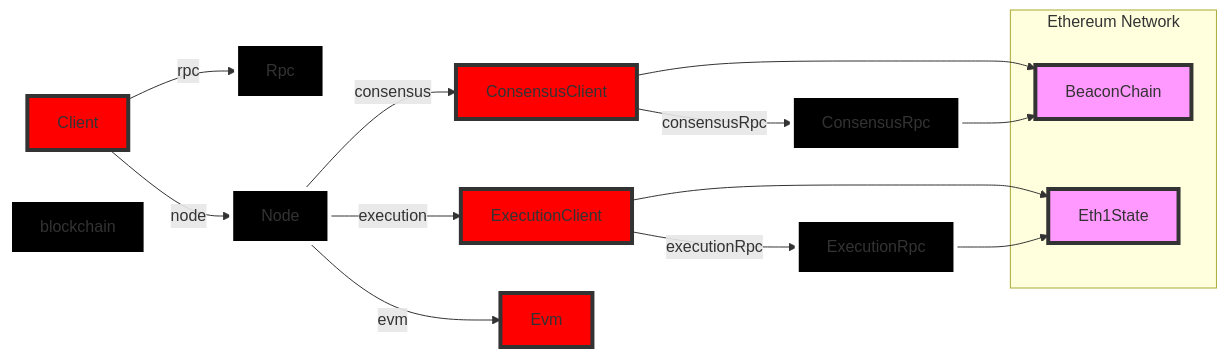
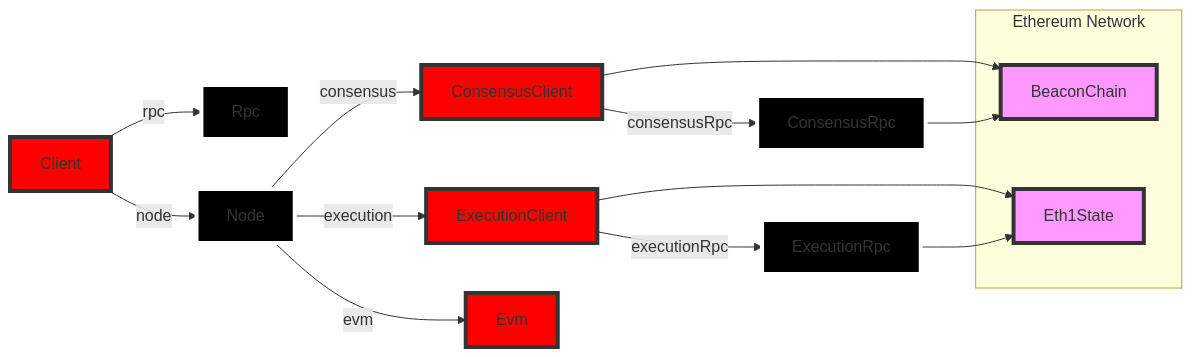
Before and after one commit to a16z/helios: the diagram in README.md, drawn with Mermaid.

Commit message:
removing blockchain

````diff
--- a/README.md
+++ b/README.md
@@ -150,40 +150,39 @@
 ```mermaid
 graph LR
 
 Client --rpc--> Rpc
 Client --node--> Node
 Node --consensus--> ConsensusClient
 Node --execution--> ExecutionClient
 ExecutionClient --executionRpc--> ExecutionRpc
 ConsensusClient --consensusRpc--> ConsensusRpc
 Node --evm--> Evm
 
 classDef node fill:#f9f,stroke:#333,stroke-width:4px;
 class Node,Client node
 classDef execution fill:#f0f,stroke:#333,stroke-width:4px;
 class ExecutionClient,ExecutionRpc execution
 classDef consensus fill:#ff0,stroke:#333,stroke-width:4px;
 class ConsensusClient,ConsensusRpc consensus
 classDef evm fill:#0ff,stroke:#333,stroke-width:4px;
 class Evm evm
 
 subgraph "Ethereum Network"
 BeaconChain
 Eth1State
 end
 
 ConsensusClient --> BeaconChain
 ExecutionClient --> Eth1State
 ExecutionRpc --> Eth1State
 ConsensusRpc --> BeaconChain
 
 style Client fill:#f00,stroke:#333,stroke-width:4px;
 style Node fill:#000,stroke:#fff,stroke-width:4px;
 style ExecutionClient fill:#f00,stroke:#333,stroke-width:4px;
 style ExecutionRpc fill:#000,stroke:#fff,stroke-width:4px;
 style ConsensusClient fill:#f00,stroke:#333,stroke-width:4px;
 style ConsensusRpc fill:#000,stroke:#fff,stroke-width:4px;
 style Evm fill:#f00,stroke:#333,stroke-width:4px;
 style Rpc fill:#000,stroke:#fff,stroke-width:4px;
-style blockchain fill:#000,stroke:#fff,stroke-width:4px;
 ```
````
